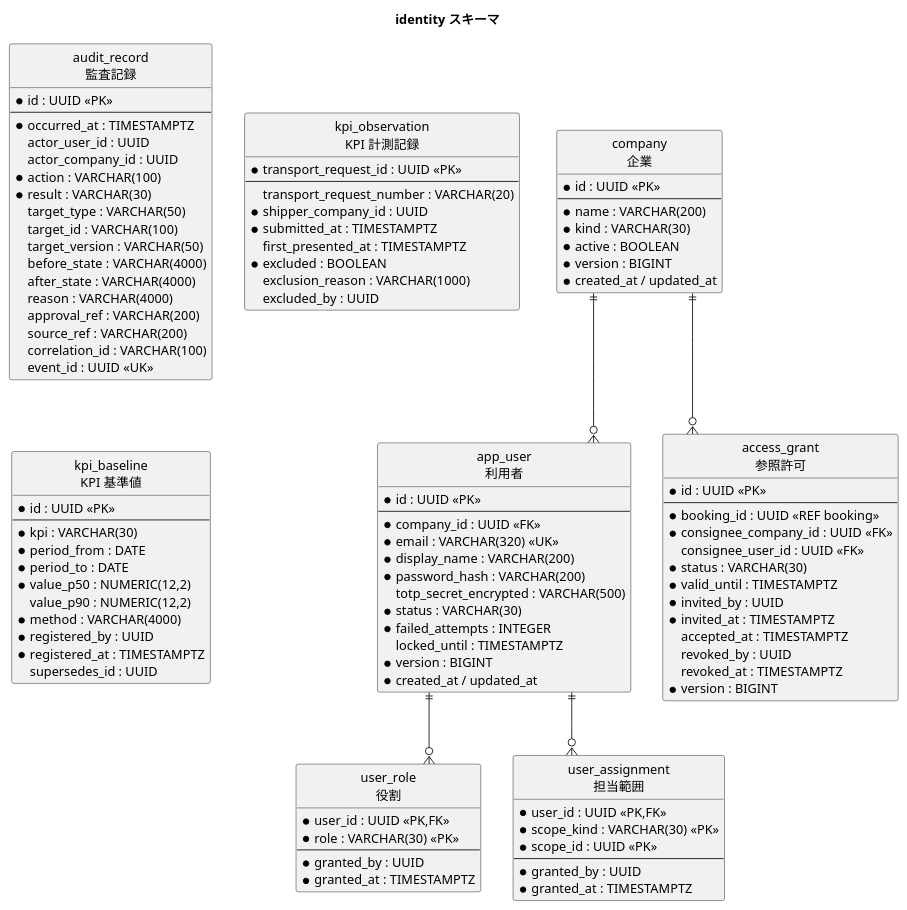
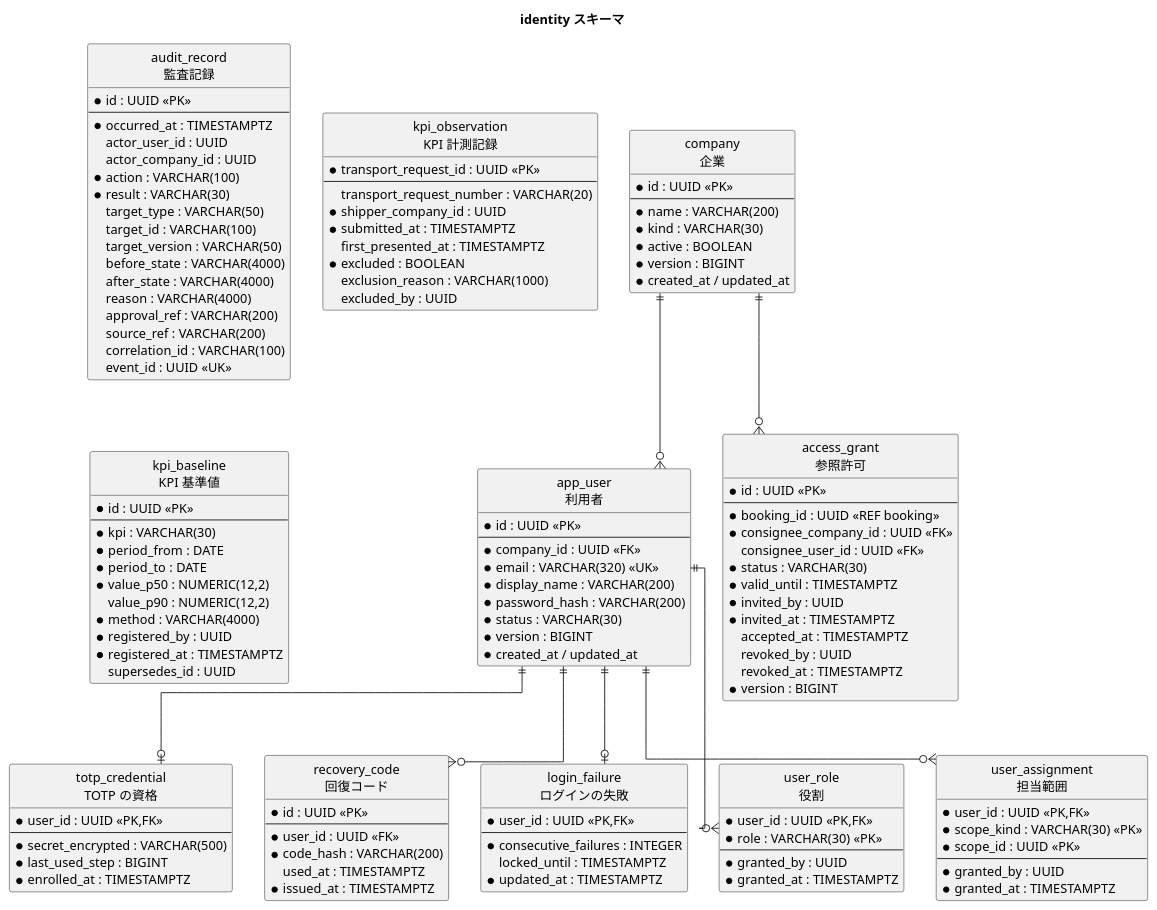
The sixth of 8 diagrams in docs/design/cargo-tracker/data_model.md (k2works/practical-domain-driven-design-in-enterpris-application), drawn with PlantUML before and after one commit. The commit also changed other lines of this file and 9 other files, not shown here.

```diff
--- a/docs/design/cargo-tracker/data_model.md
+++ b/docs/design/cargo-tracker/data_model.md
@@ -792,12 +792,31 @@
   * email : VARCHAR(320) <<UK>>
   * display_name : VARCHAR(200)
   * password_hash : VARCHAR(200)
-  totp_secret_encrypted : VARCHAR(500)
   * status : VARCHAR(30)
-  * failed_attempts : INTEGER
-  locked_until : TIMESTAMPTZ
   * version : BIGINT
   * created_at / updated_at
+}
+entity "totp_credential\nTOTP の資格" as tc {
+  * user_id : UUID <<PK,FK>>
+  --
+  * secret_encrypted : VARCHAR(500)
+  * last_used_step : BIGINT
+  * enrolled_at : TIMESTAMPTZ
+}
+entity "recovery_code\n回復コード" as rc {
+  * id : UUID <<PK>>
+  --
+  * user_id : UUID <<FK>>
+  * code_hash : VARCHAR(200)
+  used_at : TIMESTAMPTZ
+  * issued_at : TIMESTAMPTZ
+}
+entity "login_failure\nログインの失敗" as lf {
+  * user_id : UUID <<PK,FK>>
+  --
+  * consecutive_failures : INTEGER
+  locked_until : TIMESTAMPTZ
+  * updated_at : TIMESTAMPTZ
 }
 entity "user_role\n役割" as ur {
   * user_id : UUID <<PK,FK>>
@@ -873,6 +892,9 @@
   supersedes_id : UUID
 }
 co ||--o{ u
+u ||--o| tc
+u ||--o{ rc
+u ||--o| lf
 u ||--o{ ur
 u ||--o{ ua
 co ||--o{ ag
```
